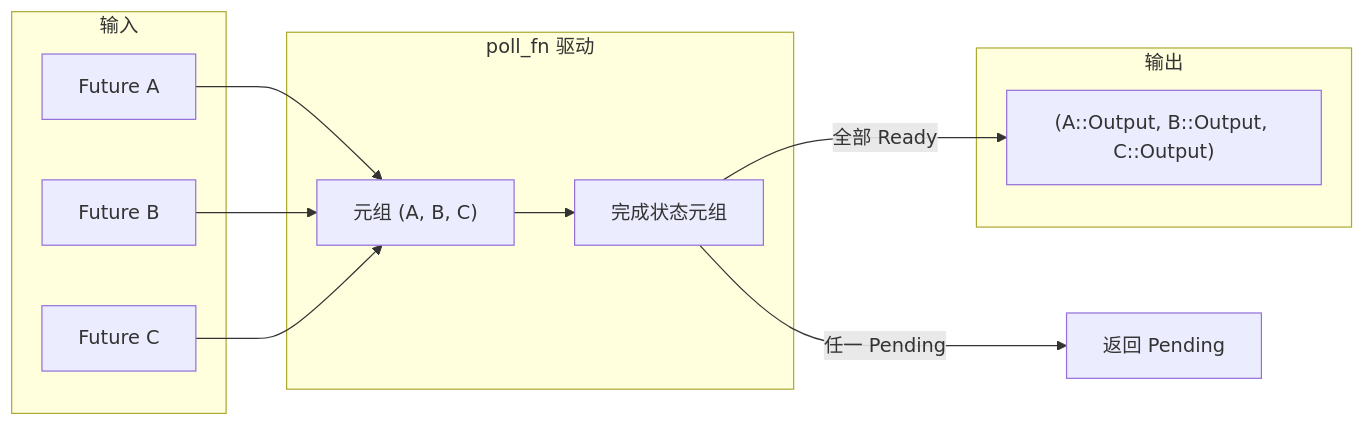
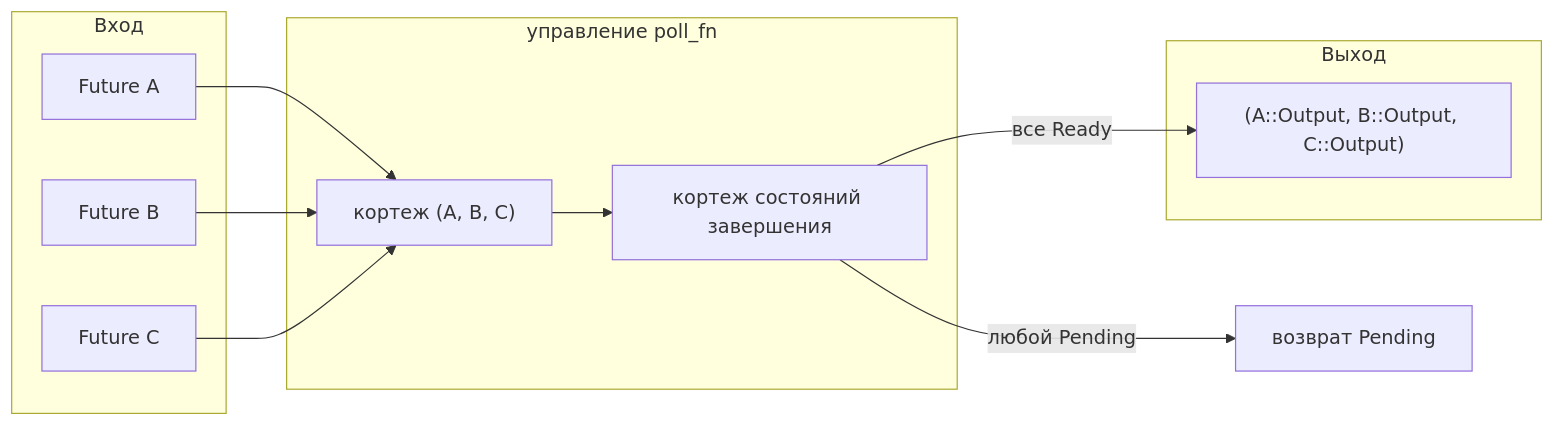
Before and after one commit to maleRjc/AiReadCodeBooks: the third of 3 diagrams in books/tokio/ru/09-cooperative-budget-scheduler.md, drawn with Mermaid. The commit also changed other lines of this file and 74 other files, not shown here.

````diff
--- a/books/tokio/ru/09-cooperative-budget-scheduler.md
+++ b/books/tokio/ru/09-cooperative-budget-scheduler.md
@@ -127,21 +127,21 @@
 ```mermaid
 flowchart LR
-    subgraph input["输入"]
+    subgraph input["Вход"]
         f1["Future A"]
         f2["Future B"]
         f3["Future C"]
     end
-    subgraph poll["poll_fn 驱动"]
-        tuple["元组 (A, B, C)"]
-        state["完成状态元组"]
+    subgraph poll["управление poll_fn"]
+        tuple["кортеж (A, B, C)"]
+        state["кортеж состояний завершения"]
     end
-    subgraph output["输出"]
+    subgraph output["Выход"]
         result["(A::Output, B::Output, C::Output)"]
     end
     f1 --> tuple
     f2 --> tuple
     f3 --> tuple
     tuple --> state
-    state -->|"全部 Ready"| result
-    state -->|"任一 Pending"| pending["返回 Pending"]
+    state -->|"все Ready"| result
+    state -->|"любой Pending"| pending["возврат Pending"]
 ```
````
